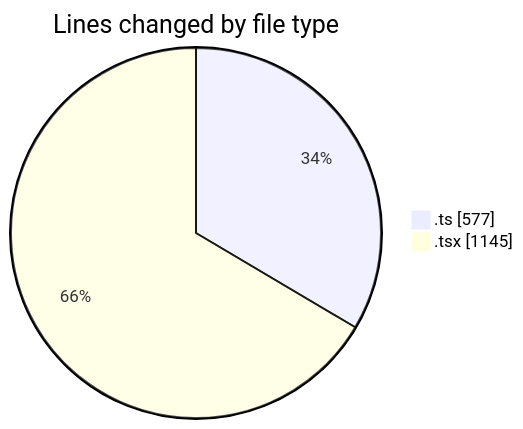
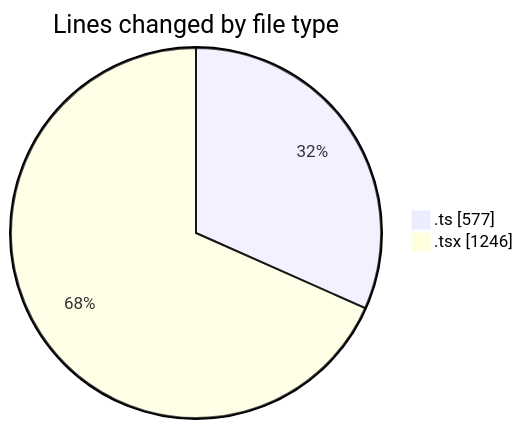
The first of 2 diagrams in 2025-06-22/1bhk_life/README.md (JenPaints/code-tracking), drawn with Mermaid before and after one commit. The commit also changed other lines of this file and 1 other file, not shown here.

````diff
--- a/2025-06-22/1bhk_life/README.md
+++ b/2025-06-22/1bhk_life/README.md
@@ -23,6 +23,6 @@
 ```mermaid
 pie showData
 title Lines changed by file type
 ".ts" : 577
-".tsx" : 1145
+".tsx" : 1246
 ```
````
